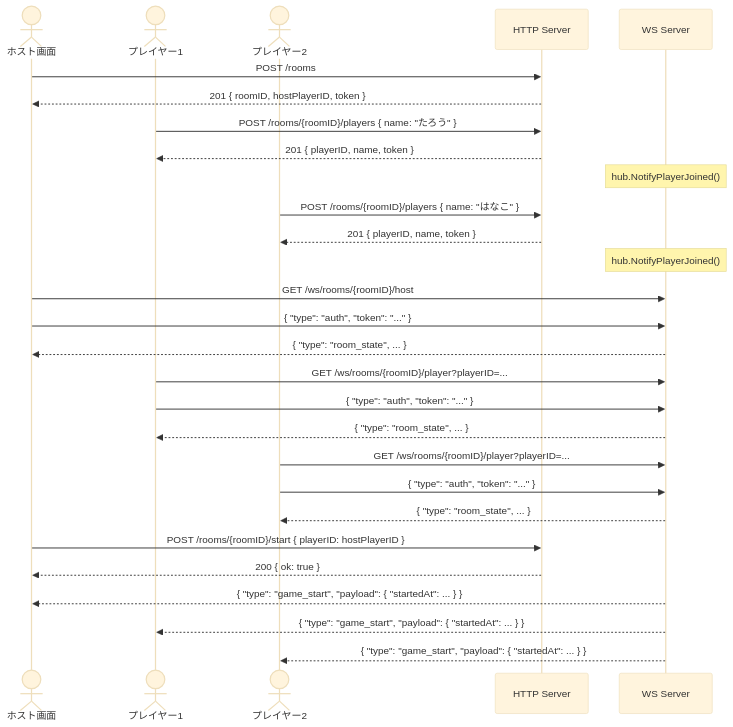
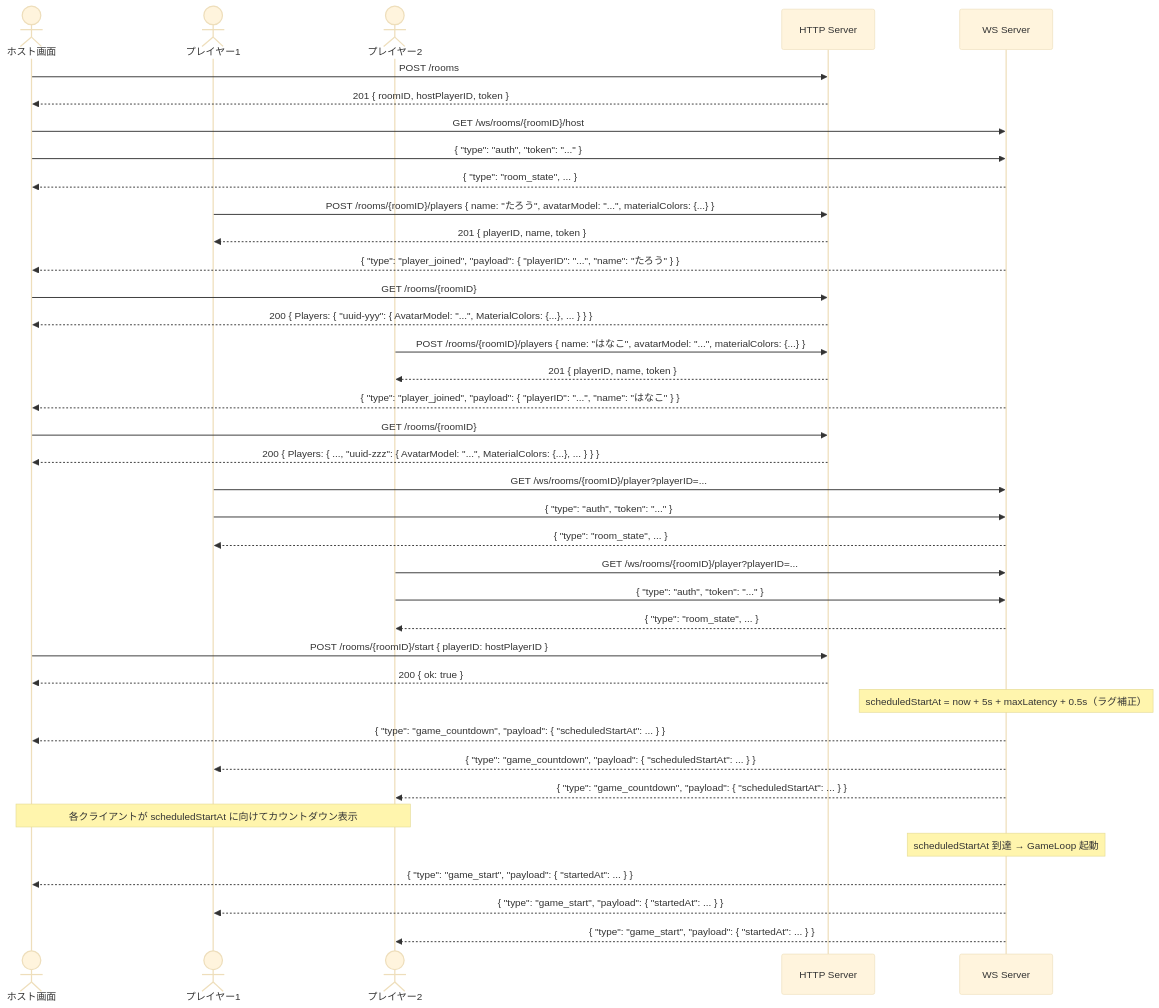
Before and after one commit to allocup-2026-tabaru/untokosyo-be: the first of 2 diagrams in docs/api.md, drawn with Mermaid (base theme). The commit also changed other lines of this file and 13 other files, not shown here.

````diff
--- a/docs/api.md
+++ b/docs/api.md
@@ -508,37 +580,47 @@
 ```mermaid
 sequenceDiagram
     actor Host as ホスト画面
     actor P1 as プレイヤー1
     actor P2 as プレイヤー2
     participant HTTP as HTTP Server
     participant WS as WS Server
 
     Host->>HTTP: POST /rooms
     HTTP-->>Host: 201 { roomID, hostPlayerID, token }
 
-    P1->>HTTP: POST /rooms/{roomID}/players { name: "たろう" }
-    HTTP-->>P1: 201 { playerID, name, token }
-    Note over WS: hub.NotifyPlayerJoined()
-
-    P2->>HTTP: POST /rooms/{roomID}/players { name: "はなこ" }
-    HTTP-->>P2: 201 { playerID, name, token }
-    Note over WS: hub.NotifyPlayerJoined()
-
     Host->>WS: GET /ws/rooms/{roomID}/host
     Host->>WS: { "type": "auth", "token": "..." }
     WS-->>Host: { "type": "room_state", ... }
+
+    P1->>HTTP: POST /rooms/{roomID}/players { name: "たろう", avatarModel: "...", materialColors: {...} }
+    HTTP-->>P1: 201 { playerID, name, token }
+    WS-->>Host: { "type": "player_joined", "payload": { "playerID": "...", "name": "たろう" } }
+    Host->>HTTP: GET /rooms/{roomID}
+    HTTP-->>Host: 200 { Players: { "uuid-yyy": { AvatarModel: "...", MaterialColors: {...}, ... } } }
+
+    P2->>HTTP: POST /rooms/{roomID}/players { name: "はなこ", avatarModel: "...", materialColors: {...} }
+    HTTP-->>P2: 201 { playerID, name, token }
+    WS-->>Host: { "type": "player_joined", "payload": { "playerID": "...", "name": "はなこ" } }
+    Host->>HTTP: GET /rooms/{roomID}
+    HTTP-->>Host: 200 { Players: { ..., "uuid-zzz": { AvatarModel: "...", MaterialColors: {...}, ... } } }
 
     P1->>WS: GET /ws/rooms/{roomID}/player?playerID=...
     P1->>WS: { "type": "auth", "token": "..." }
     WS-->>P1: { "type": "room_state", ... }
 
     P2->>WS: GET /ws/rooms/{roomID}/player?playerID=...
     P2->>WS: { "type": "auth", "token": "..." }
     WS-->>P2: { "type": "room_state", ... }
 
     Host->>HTTP: POST /rooms/{roomID}/start { playerID: hostPlayerID }
     HTTP-->>Host: 200 { ok: true }
+    Note over WS: scheduledStartAt = now + 5s + maxLatency + 0.5s（ラグ補正）
+    WS-->>Host: { "type": "game_countdown", "payload": { "scheduledStartAt": ... } }
+    WS-->>P1: { "type": "game_countdown", "payload": { "scheduledStartAt": ... } }
+    WS-->>P2: { "type": "game_countdown", "payload": { "scheduledStartAt": ... } }
+    Note over Host,P2: 各クライアントが scheduledStartAt に向けてカウントダウン表示
+    Note over WS: scheduledStartAt 到達 → GameLoop 起動
     WS-->>Host: { "type": "game_start", "payload": { "startedAt": ... } }
     WS-->>P1: { "type": "game_start", "payload": { "startedAt": ... } }
     WS-->>P2: { "type": "game_start", "payload": { "startedAt": ... } }
 ```
````
